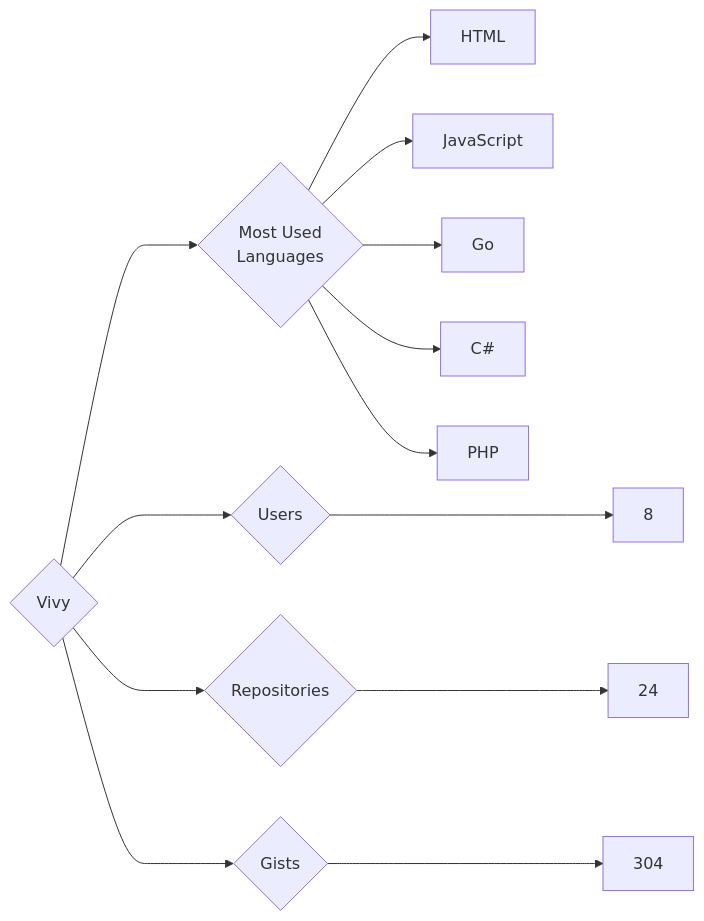
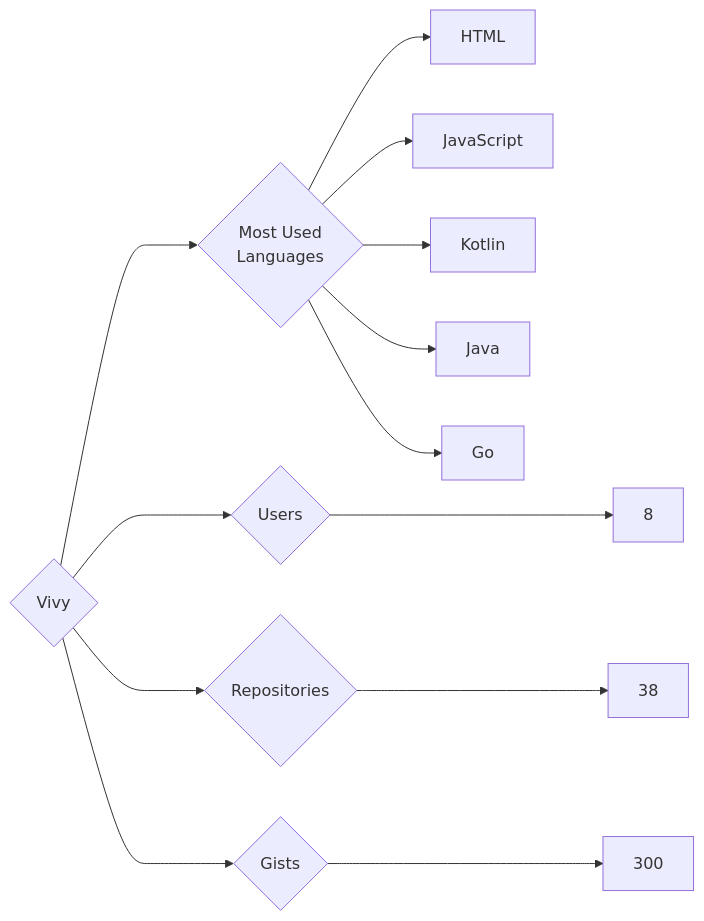
The diagram in targets/Vivy/README.md (trickest/insiders), drawn with Mermaid before and after one commit. The commit also changed 948 other files, not shown here.

````diff
--- a/targets/Vivy/README.md
+++ b/targets/Vivy/README.md
@@ -3,13 +3,13 @@
 ```mermaid
 graph LR
 COMPANY_NAME{Vivy}
 COMPANY_NAME ---> U{Users} ---> UN[8]
-COMPANY_NAME ---> R{Repositories} ---> RN[24]
-COMPANY_NAME ---> G{Gists} ---> GN[304]
+COMPANY_NAME ---> R{Repositories} ---> RN[38]
+COMPANY_NAME ---> G{Gists} ---> GN[300]
 COMPANY_NAME ---> ML{Most Used<br>Languages}
 ML --> HTML[HTML]
 ML --> JavaScript[JavaScript]
+ML --> Kotlin[Kotlin]
+ML --> Java[Java]
 ML --> Go[Go]
-ML --> C#[C#]
-ML --> PHP[PHP]
 ```
````
